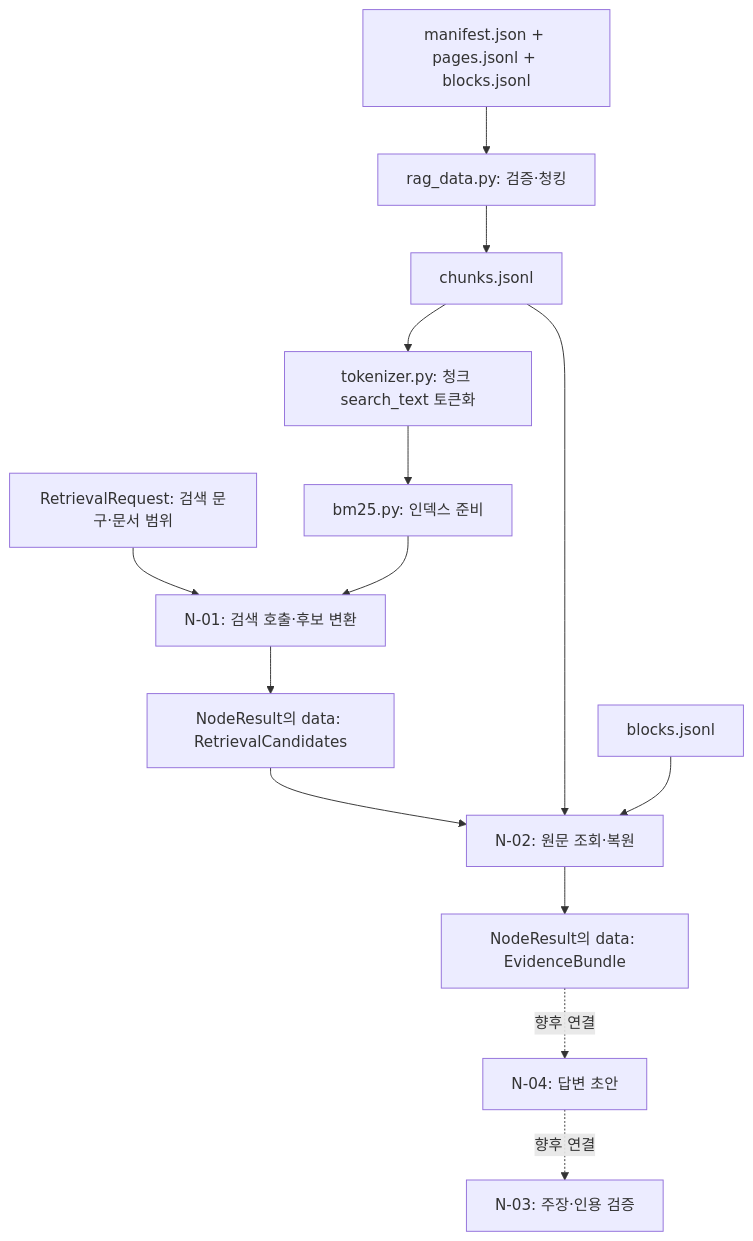
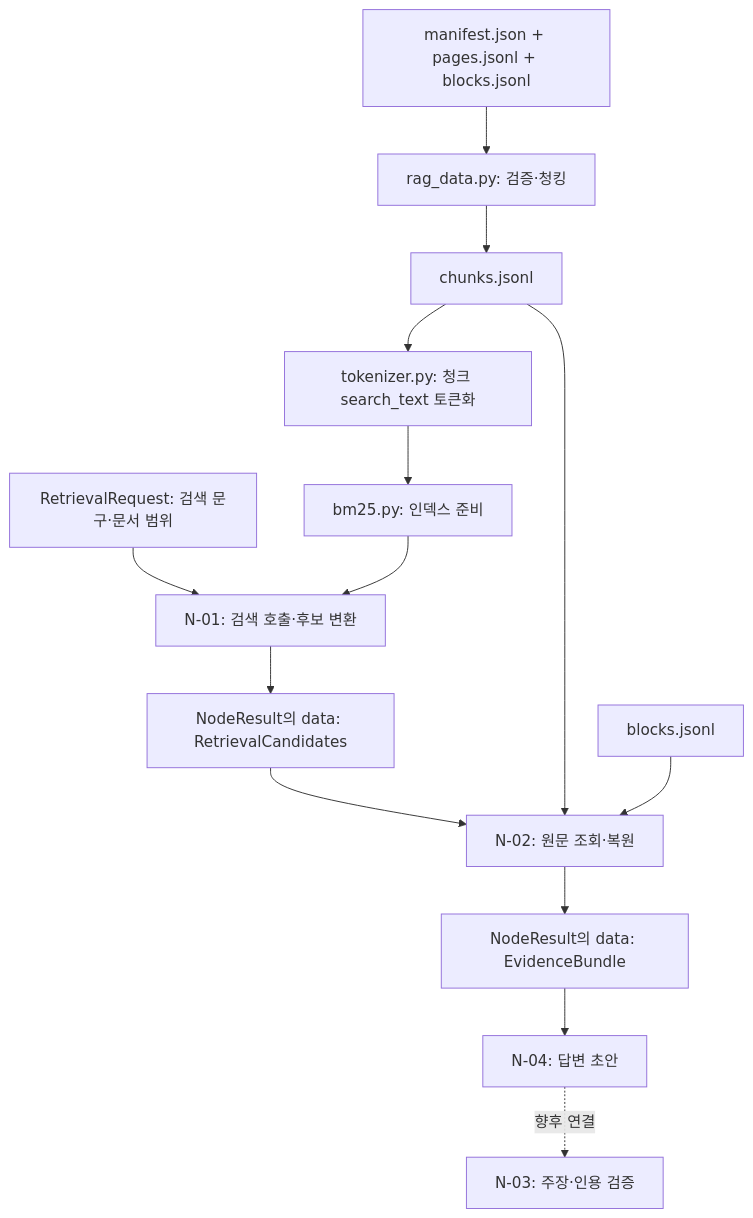
The diagram in rag/retrieval/README.md (Jungminii-1114/ReportAnchor), drawn with Mermaid before and after one commit. The commit also changed other lines of this file and 14 other files, not shown here.

````diff
--- a/rag/retrieval/README.md
+++ b/rag/retrieval/README.md
@@ -46,16 +46,16 @@
 ```mermaid
 flowchart TD
     A["manifest.json + pages.jsonl + blocks.jsonl"] --> B["rag_data.py: 검증·청킹"]
     B --> C["chunks.jsonl"]
     C --> D["tokenizer.py: 청크 search_text 토큰화"]
     D --> E["bm25.py: 인덱스 준비"]
     Q["RetrievalRequest: 검색 문구·문서 범위"] --> N1["N-01: 검색 호출·후보 변환"]
     E --> N1
     N1 --> R["NodeResult의 data: RetrievalCandidates"]
     R --> N2["N-02: 원문 조회·복원"]
     C --> N2
     K["blocks.jsonl"] --> N2
     N2 --> EB["NodeResult의 data: EvidenceBundle"]
-    EB -. "향후 연결" .-> N4["N-04: 답변 초안"]
+    EB --> N4["N-04: 답변 초안"]
     N4 -. "향후 연결" .-> N3["N-03: 주장·인용 검증"]
 ```
````
